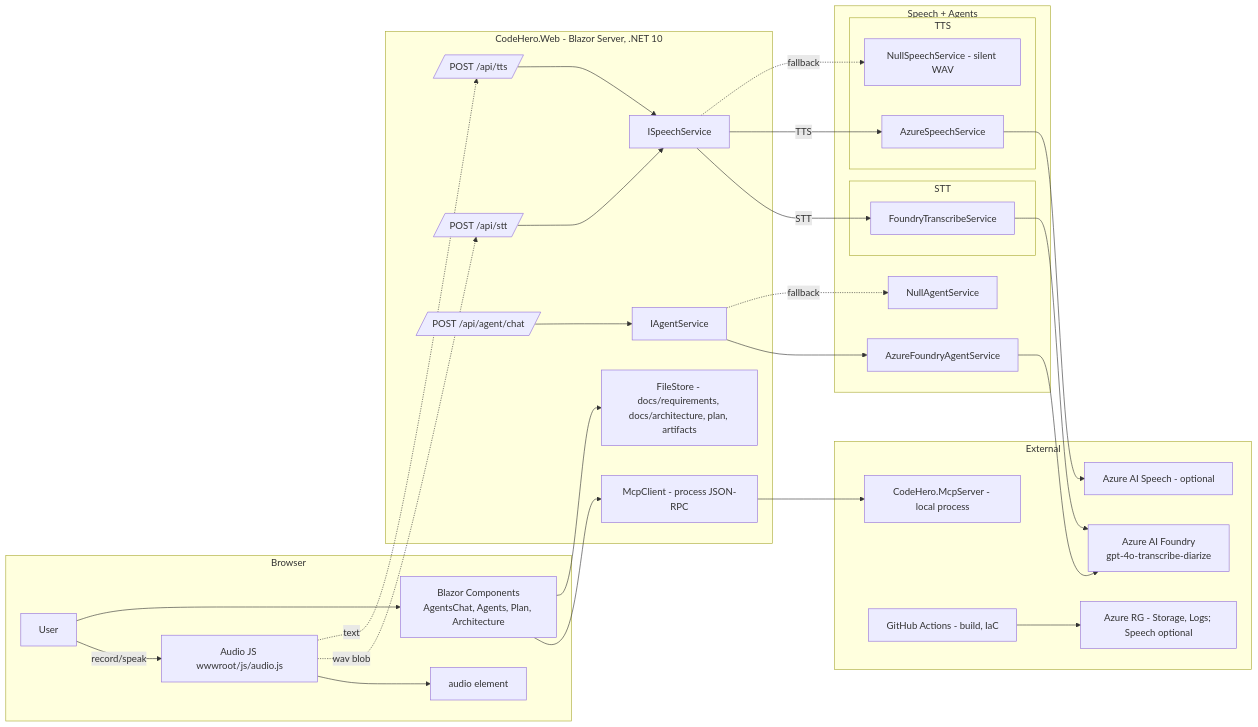
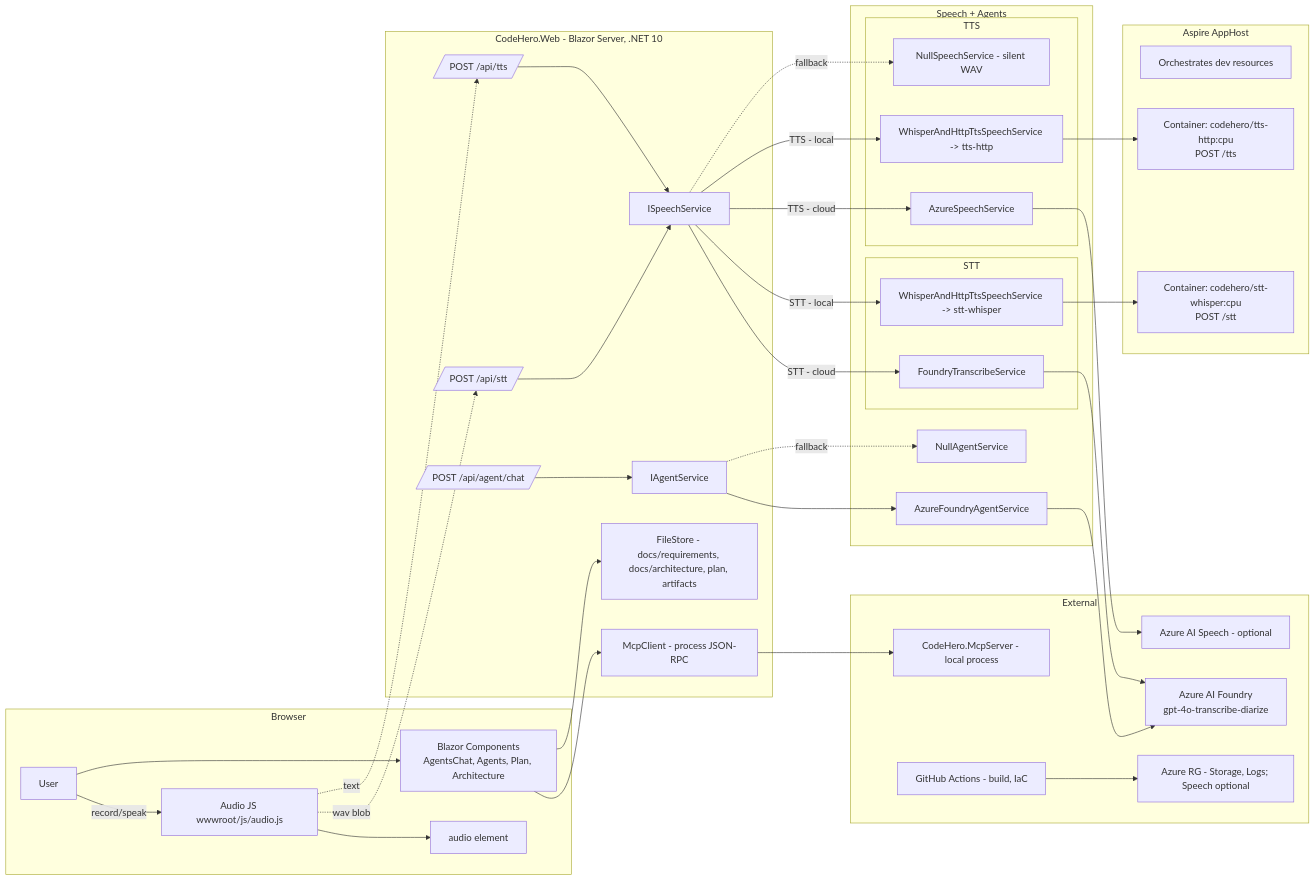
The diagram in docs/architecture/overview.mmd (GrantMill/CodeHero), drawn with Mermaid before and after one commit. The commit also changed 7 other files, not shown here.

Commit message:
updated architecture and plan

```diff
--- a/docs/architecture/overview.mmd
+++ b/docs/architecture/overview.mmd
@@ -1,60 +1,70 @@
 %% High-level architecture (kept consistent with current code)
 flowchart LR
   subgraph Browser
     U[User]
     JS[Audio JS wwwroot/js/audio.js]
     BZ[Blazor Components<br/>AgentsChat, Agents, Plan, Architecture]
     AU[audio element]
   end
 
   subgraph Server[CodeHero.Web - Blazor Server, .NET 10]
     EP1[/POST /api/stt/]
     EP2[/POST /api/tts/]
     EP3[/POST /api/agent/chat/]
     FS[FileStore - docs/requirements, docs/architecture, plan, artifacts]
     ISP[ISpeechService]
     AGS[IAgentService]
     MCPCLI[McpClient - process JSON-RPC]
   end
 
   subgraph Services[Speech + Agents]
     subgraph STT
       FSTT[FoundryTranscribeService]
+      LSTT[WhisperAndHttpTtsSpeechService -> stt-whisper]
     end
     subgraph TTS
       ASTT[AzureSpeechService]
+      HTTS[WhisperAndHttpTtsSpeechService -> tts-http]
       NULLTTS[NullSpeechService - silent WAV]
     end
     AGAZ[AzureFoundryAgentService]
     AGNULL[NullAgentService]
+  end
+
+  subgraph Infra[Aspire AppHost]
+    APPHOST[Orchestrates dev resources]
+    WSTT[Container: codehero/stt-whisper:cpu\nPOST /stt]
+    WTTS[Container: codehero/tts-http:cpu\nPOST /tts]
   end
 
   subgraph External
     FOUND[Azure AI Foundry<br/>gpt-4o-transcribe-diarize]
     AZSP[Azure AI Speech - optional]
     MCP[CodeHero.McpServer - local process]
     GH[GitHub Actions - build, IaC]
     AZ[Azure RG - Storage, Logs; Speech optional]
   end
 
   U -->|record/speak| JS --> AU
   U --> BZ
 
   JS -. wav blob .-> EP1
   JS -. text .-> EP2
   BZ --> MCPCLI
 
   EP1 --> ISP
   EP2 --> ISP
   EP3 --> AGS
 
-  ISP -->|STT| FSTT --> FOUND
-  ISP -->|TTS| ASTT --> AZSP
+  ISP -->|STT - cloud| FSTT --> FOUND
+  ISP -->|STT - local| LSTT --> WSTT
+  ISP -->|TTS - cloud| ASTT --> AZSP
+  ISP -->|TTS - local| HTTS --> WTTS
   ISP -.fallback.-> NULLTTS
 
   AGS --> AGAZ --> FOUND
   AGS -.fallback.-> AGNULL
 
   MCPCLI --> MCP
   BZ --> FS
   GH --> AZ
```
